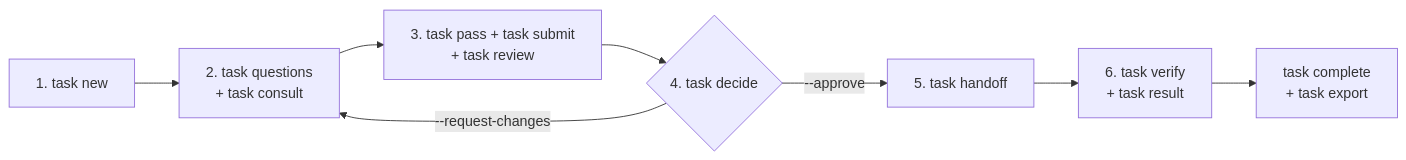
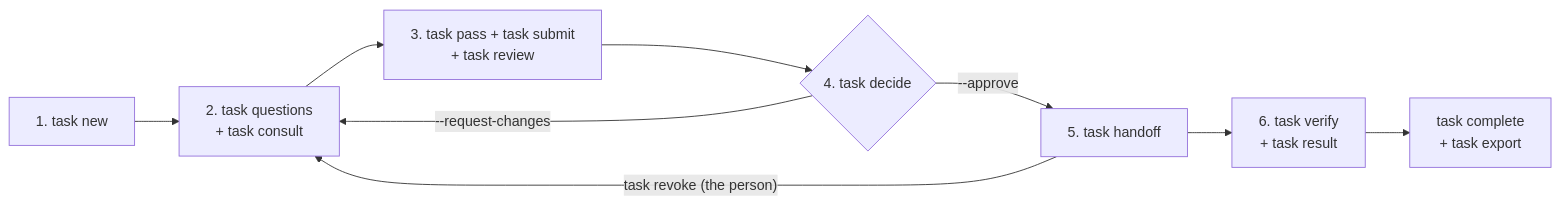
Before and after one commit to Sandbox-podcast/OpenGuildKit: the diagram in docs/workflow.md, drawn with Mermaid. The commit also changed 15 other files, not shown here.

First line of the commit message:
Name task revoke in the journey and decide dates on the real clock

````diff
--- a/docs/workflow.md
+++ b/docs/workflow.md
@@ -5,10 +5,11 @@
 ```mermaid
 flowchart LR
     N["1. task new"] --> Q["2. task questions<br/>+ task consult"]
     Q --> R["3. task pass + task submit<br/>+ task review"]
     R --> D{"4. task decide"}
     D -- "--request-changes" --> Q
     D -- "--approve" --> H["5. task handoff"]
     H --> V["6. task verify<br/>+ task result"]
     V --> C["task complete<br/>+ task export"]
+    H -- "task revoke (the person)" --> Q
 ```
````
